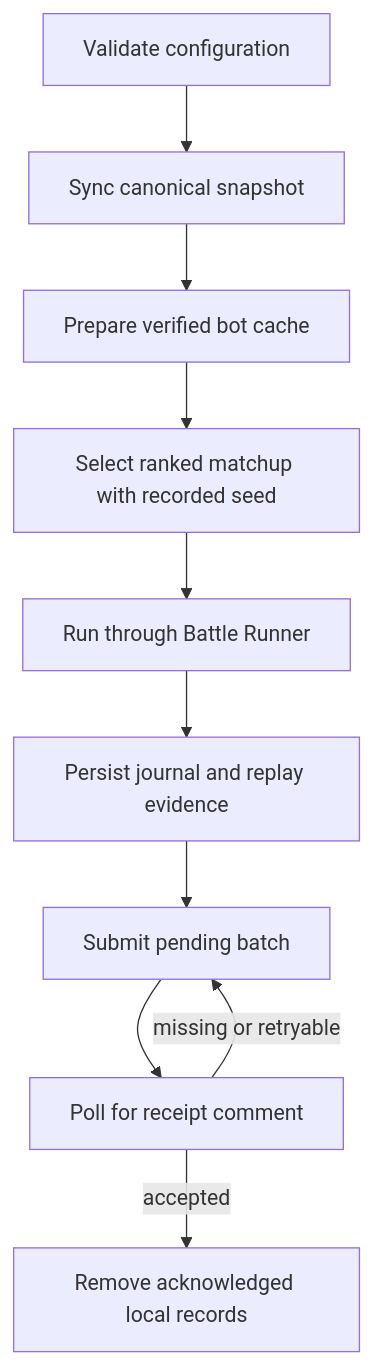
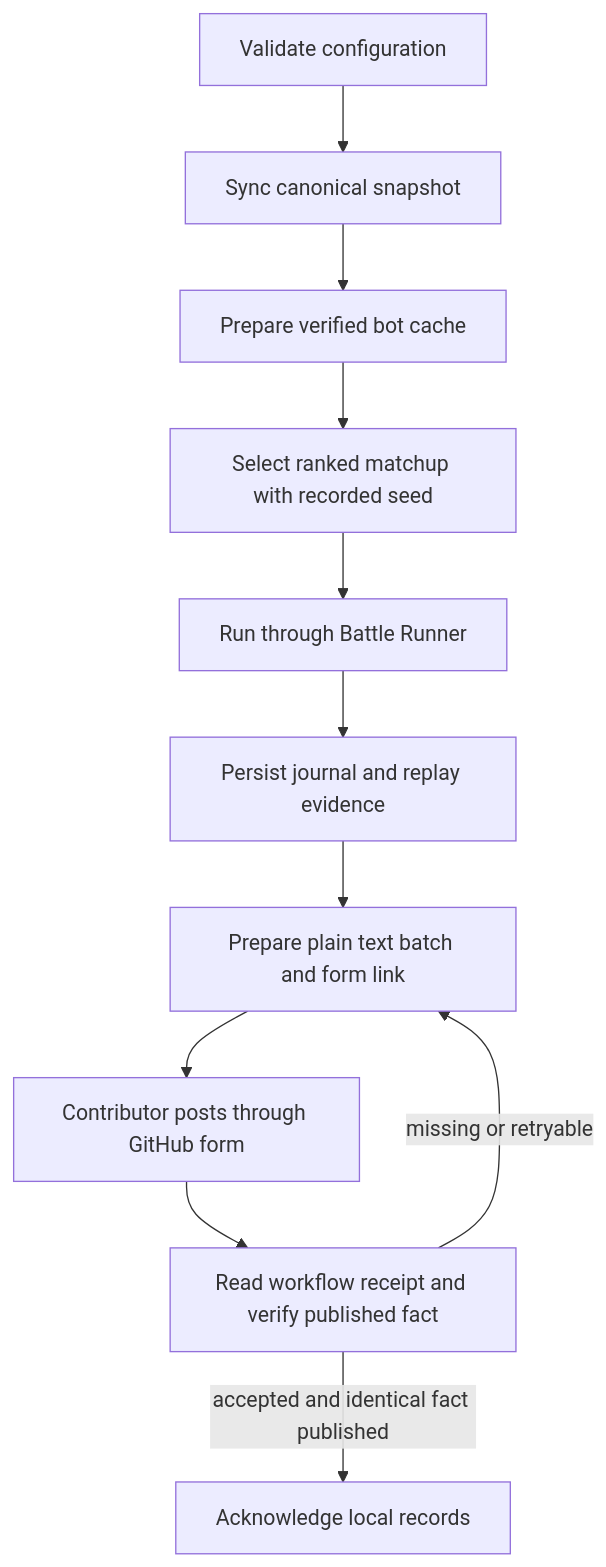
Before and after one commit to robocode-dev/rumble-client: the diagram in docs/design/README.md, drawn with Mermaid. The commit also changed other lines of this file and 16 other files, not shown here.

First line of the commit message:
Fix browser-form result submission and verify publication before acknowledgement (#20)

````diff
--- a/docs/design/README.md
+++ b/docs/design/README.md
@@ -7,12 +7,13 @@
 ```mermaid
 flowchart TD
   Validate[Validate configuration] --> Sync[Sync canonical snapshot]
   Sync --> Cache[Prepare verified bot cache]
   Cache --> Select[Select ranked matchup with recorded seed]
   Select --> Run[Run through Battle Runner]
   Run --> Journal[Persist journal and replay evidence]
-  Journal --> Submit[Submit pending batch]
-  Submit --> Receipt[Poll for receipt comment]
-  Receipt -->|accepted| Complete[Remove acknowledged local records]
+  Journal --> Submit[Prepare plain text batch and form link]
+  Submit --> Form[Contributor posts through GitHub form]
+  Form --> Receipt[Read workflow receipt and verify published fact]
+  Receipt -->|accepted and identical fact published| Complete[Acknowledge local records]
   Receipt -->|missing or retryable| Submit
 ```
````
